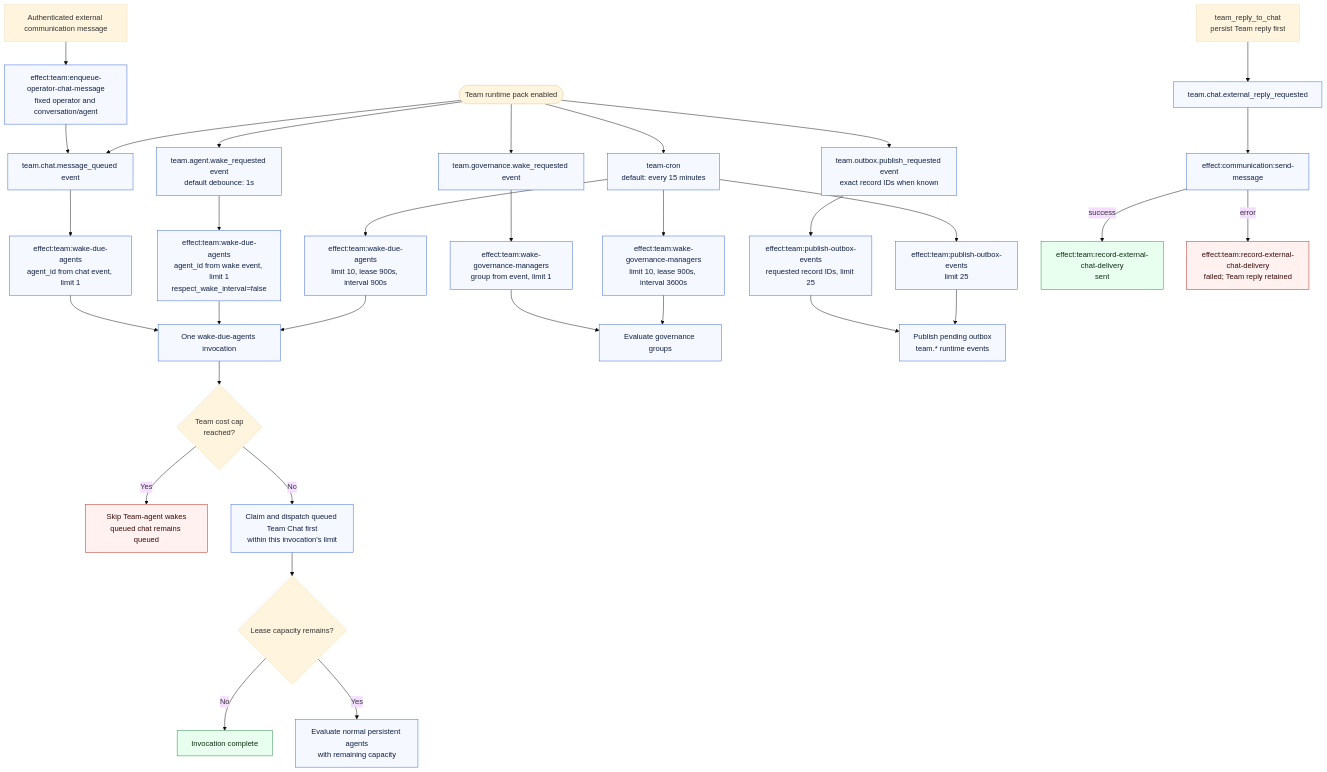
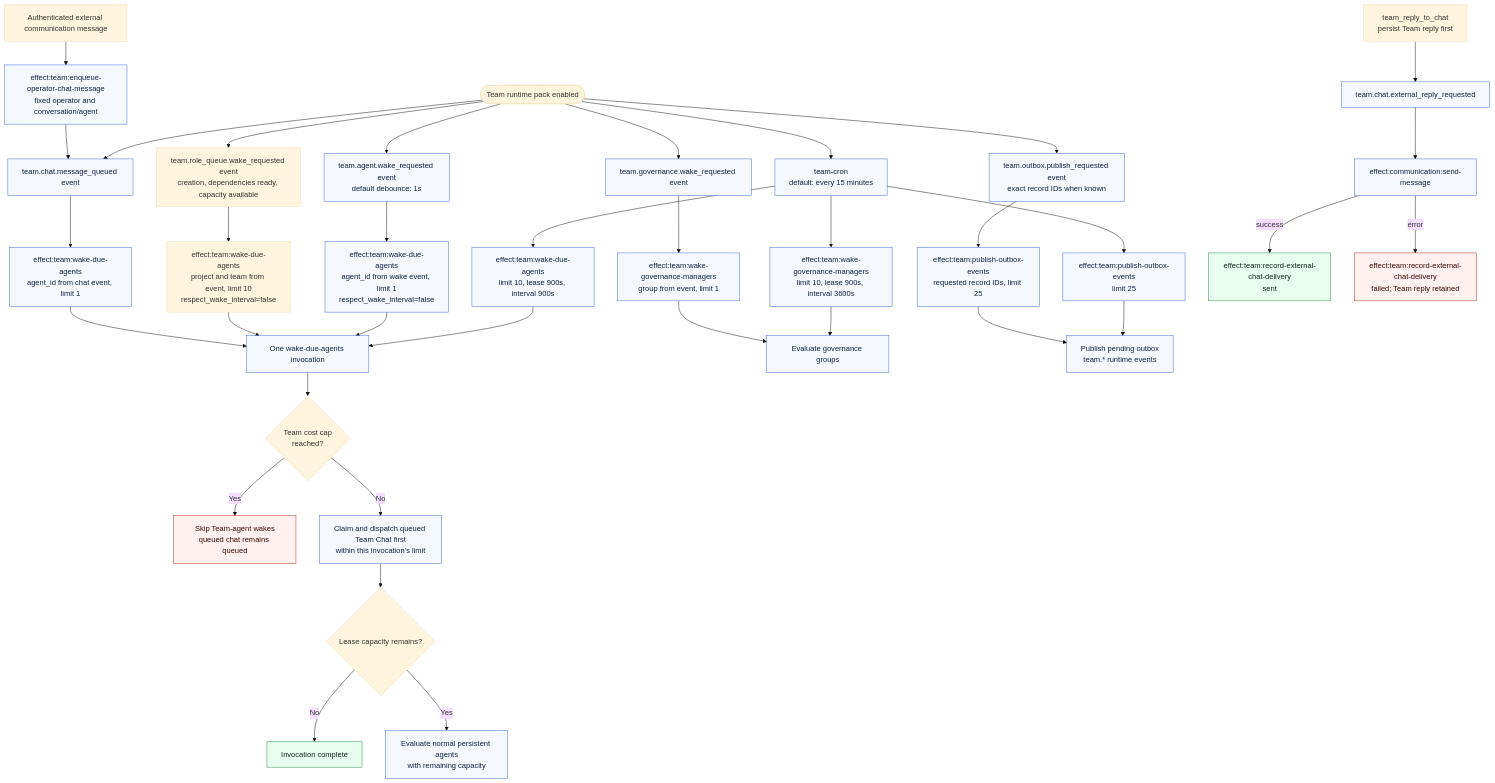
The first of 10 diagrams in docs/team-addon-wake-decision-tree.md (QuinthSoftwareSolutions/evander), drawn with Mermaid (base theme) before and after one commit. The commit also changed other lines of this file and 29 other files, not shown here.

First line of the commit message:
feat(team): assign queued role tasks at dispatch time

````diff
--- a/docs/team-addon-wake-decision-tree.md
+++ b/docs/team-addon-wake-decision-tree.md
@@ -21,48 +22,51 @@
 ```mermaid
 flowchart TD
     start([Team runtime pack enabled])
 
     start --> cron["team-cron<br/>default: every 15 minutes"]
     start --> wake_event["team.agent.wake_requested event<br/>default debounce: 1s"]
+    start --> role_event["team.role_queue.wake_requested event<br/>creation, dependencies ready, capacity available"]
     start --> chat_event["team.chat.message_queued event"]
     start --> gov_event["team.governance.wake_requested event"]
     start --> outbox_request["team.outbox.publish_requested event<br/>exact record IDs when known"]
 
     cron --> normal_effect["effect:team:wake-due-agents<br/>limit 10, lease 900s, interval 900s"]
     wake_event --> requested_effect["effect:team:wake-due-agents<br/>agent_id from wake event, limit 1<br/>respect_wake_interval=false"]
+    role_event --> role_effect["effect:team:wake-due-agents<br/>project and team from event, limit 10<br/>respect_wake_interval=false"]
     chat_event --> chat_effect["effect:team:wake-due-agents<br/>agent_id from chat event, limit 1"]
     cron --> gov_effect["effect:team:wake-governance-managers<br/>limit 10, lease 900s, interval 3600s"]
     gov_event --> gov_requested_effect["effect:team:wake-governance-managers<br/>group from event, limit 1"]
     cron --> outbox_effect["effect:team:publish-outbox-events<br/>limit 25"]
     outbox_request --> requested_outbox_effect["effect:team:publish-outbox-events<br/>requested record IDs, limit 25"]
 
     normal_effect --> wake_invocation
     requested_effect --> wake_invocation
+    role_effect --> wake_invocation
     chat_effect --> wake_invocation
     wake_invocation["One wake-due-agents invocation"] --> cost_guard{"Team cost cap<br/>reached?"}
     cost_guard -->|Yes| cost_skip["Skip Team-agent wakes<br/>queued chat remains queued"]
     cost_guard -->|No| chat_first["Claim and dispatch queued Team Chat first<br/>within this invocation's limit"]
     chat_first --> capacity{"Lease capacity remains?"}
     capacity -->|No| wake_done["Invocation complete"]
     capacity -->|Yes| normal_tree["Evaluate normal persistent agents<br/>with remaining capacity"]
 
     gov_effect --> gov_tree["Evaluate governance groups"]
     gov_requested_effect --> gov_tree
     outbox_effect --> outbox["Publish pending outbox<br/>team.* runtime events"]
     requested_outbox_effect --> outbox
 
     external_message["Authenticated external communication message"] --> bridge["effect:team:enqueue-operator-chat-message<br/>fixed operator and conversation/agent"]
     bridge --> chat_event
 
     agent_reply["team_reply_to_chat<br/>persist Team reply first"] --> external_reply["team.chat.external_reply_requested"]
     external_reply --> send_external["effect:communication:send-message"]
     send_external -->|success| record_sent["effect:team:record-external-chat-delivery<br/>sent"]
     send_external -->|error| record_failed["effect:team:record-external-chat-delivery<br/>failed; Team reply retained"]
 
     classDef wake fill:#e8fff0,stroke:#208a42,color:#102a16;
     classDef skip fill:#fff1f0,stroke:#b42318,color:#3a0b07;
     classDef process fill:#f5f8ff,stroke:#3867d6,color:#102044;
     class normal_effect,requested_effect,chat_effect,gov_effect,gov_requested_effect,outbox_effect,requested_outbox_effect,wake_invocation,chat_first,normal_tree,gov_tree,outbox,cron,wake_event,chat_event,gov_event,outbox_request,bridge,external_reply,send_external process;
     class record_sent,wake_done wake;
     class cost_skip,record_failed skip;
 ```
````
